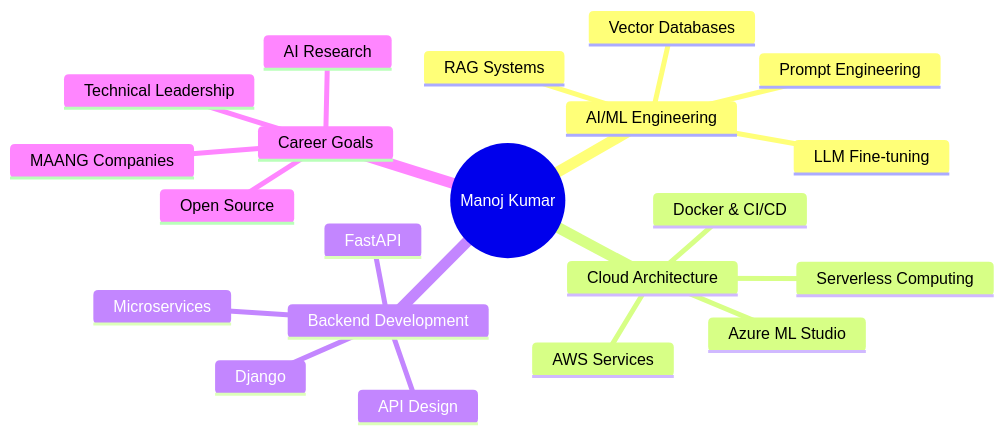
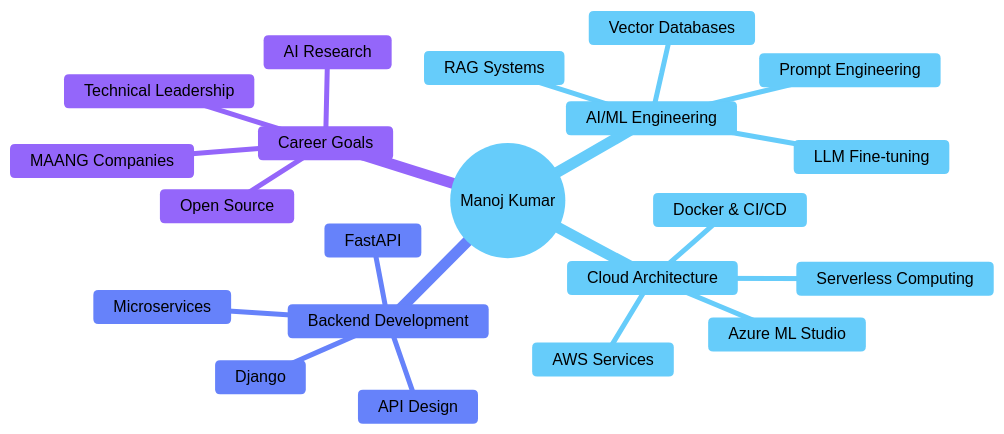
The diagram in README.md (manojkp08/manojkp08), drawn with Mermaid before and after one commit. The commit also changed other lines of this file, not shown here.

````diff
--- a/README.md
+++ b/README.md
@@ -334,24 +328,26 @@
 ```mermaid
 mindmap
   root((Manoj Kumar))
     AI/ML Engineering
       RAG Systems
       LLM Fine-tuning
       Vector Databases
       Prompt Engineering
     Cloud Architecture
       AWS Services
       Azure ML Studio
       Docker & CI/CD
       Serverless Computing
     Backend Development
       FastAPI
       Django
       Microservices
       API Design
     Career Goals
       MAANG Companies
       AI Research
       Open Source
       Technical Leadership
+
+%%{init: {'theme':'base', 'themeVariables': { 'primaryColor':'#e1f5fe','primaryTextColor':'#000000','primaryBorderColor':'#0288d1','lineColor':'#0288d1','secondaryColor':'#e1f5fe','secondaryTextColor':'#000000','secondaryBorderColor':'#0288d1','tertiaryColor':'#e1f5fe','tertiaryTextColor':'#000000','tertiaryBorderColor':'#0288d1','noteBkgColor':'#e1f5fe','noteTextColor':'#000000','noteBorderColor':'#0277bd'}}}%%
 ```
````
